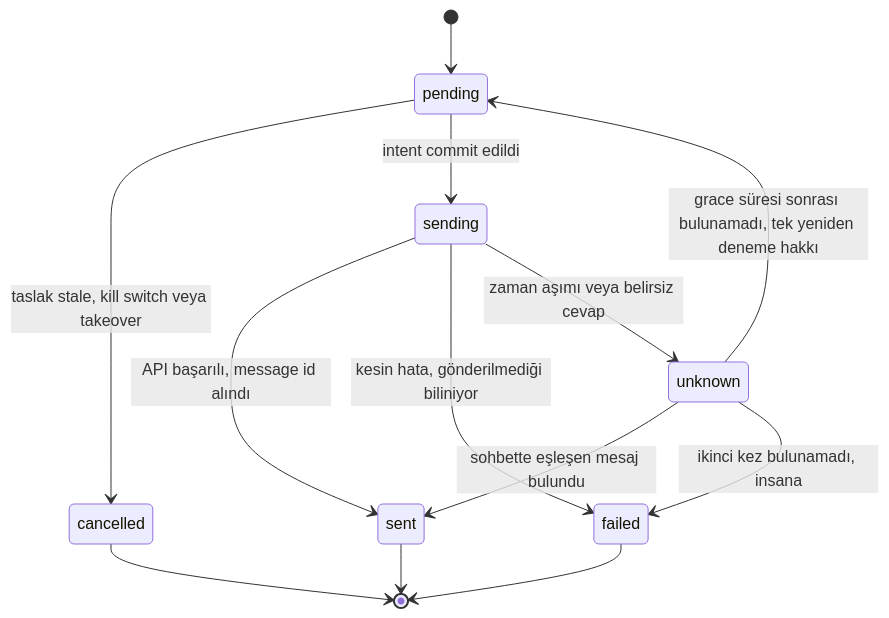
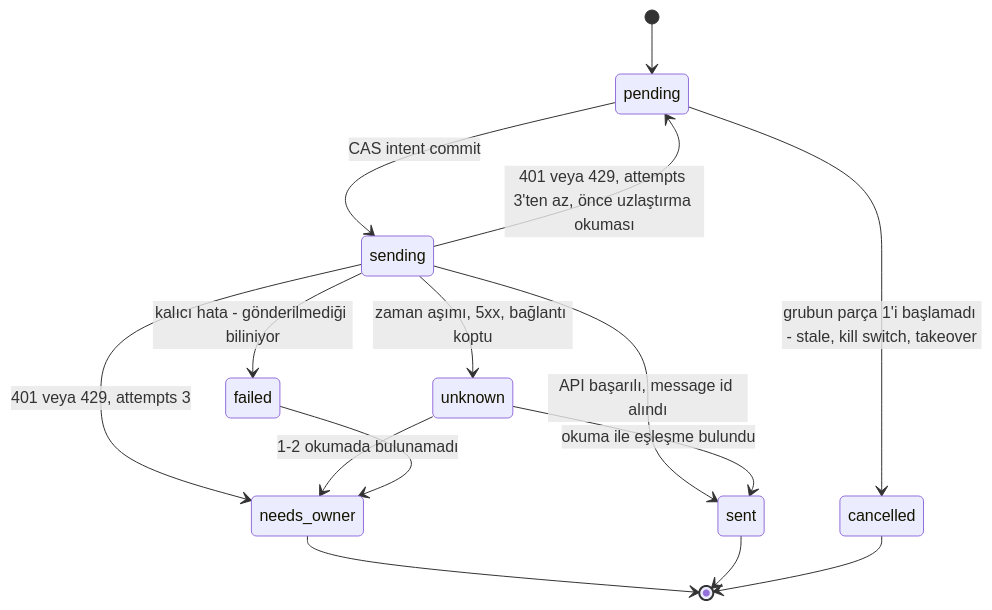
One commit to khalilofnijat-eng/expert-octo-bassoon changed the sixth of 8 diagrams in docs/ARCHITECTURE.md. Above: the diagram before and after it, drawn with Mermaid. The commit also changed other lines of this file, not shown here.

First line of the commit message:
Accept architecture rev.2 (T-004); owner approved commit

````diff
--- a/docs/ARCHITECTURE.md
+++ b/docs/ARCHITECTURE.md
@@ -264,15 +277,17 @@
 ```mermaid
 stateDiagram-v2
   [*] --> pending
-  pending --> cancelled: taslak stale, kill switch veya takeover
-  pending --> sending: intent commit edildi
+  pending --> cancelled: grubun parça 1'i başlamadı - stale, kill switch, takeover
+  pending --> sending: CAS intent commit
   sending --> sent: API başarılı, message id alındı
-  sending --> failed: kesin hata, gönderilmediği biliniyor
-  sending --> unknown: zaman aşımı veya belirsiz cevap
-  unknown --> sent: sohbette eşleşen mesaj bulundu
-  unknown --> pending: grace süresi sonrası bulunamadı, tek yeniden deneme hakkı
-  unknown --> failed: ikinci kez bulunamadı, insana
-  failed --> [*]
+  sending --> pending: 401 veya 429, attempts 3'ten az, önce uzlaştırma okuması
+  sending --> needs_owner: 401 veya 429, attempts 3
+  sending --> failed: kalıcı hata - gönderilmediği biliniyor
+  sending --> unknown: zaman aşımı, 5xx, bağlantı koptu
+  unknown --> sent: okuma ile eşleşme bulundu
+  unknown --> needs_owner: 1-2 okumada bulunamadı
+  failed --> needs_owner
+  needs_owner --> [*]
   sent --> [*]
   cancelled --> [*]
 ```
````
